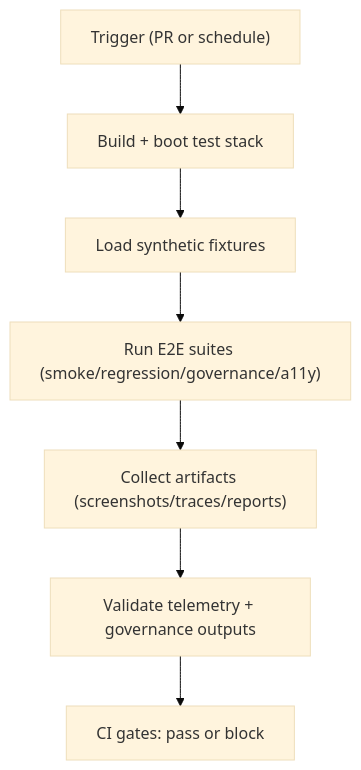
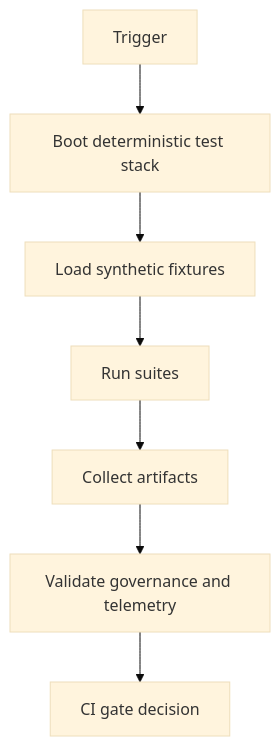
One commit to bartytime4life/Kansas-Frontier-Matrix changed the diagram in tests/e2e/README.md. Above: the diagram before and after it, drawn with Mermaid (base theme). The commit also changed other lines of this file, not shown here.

```diff
--- a/tests/e2e/README.md
+++ b/tests/e2e/README.md
@@ -183,9 +256,9 @@
 ~~~mermaid
 flowchart TD
-  A["Trigger (PR or schedule)"] --> B["Build + boot test stack"]
+  A["Trigger"] --> B["Boot deterministic test stack"]
   B --> C["Load synthetic fixtures"]
-  C --> D["Run E2E suites (smoke/regression/governance/a11y)"]
-  D --> E["Collect artifacts (screenshots/traces/reports)"]
-  E --> F["Validate telemetry + governance outputs"]
-  F --> G["CI gates: pass or block"]
+  C --> D["Run suites"]
+  D --> E["Collect artifacts"]
+  E --> F["Validate governance and telemetry"]
+  F --> G["CI gate decision"]
 ~~~
```
